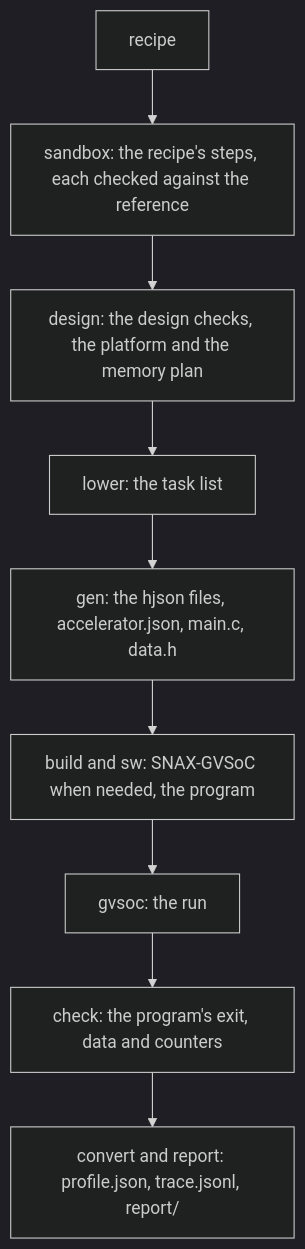
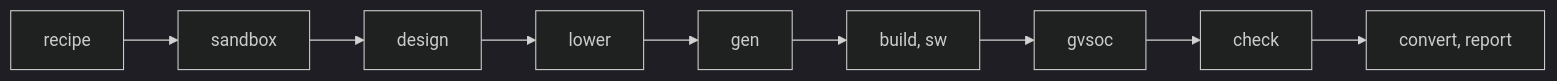
The diagram in docs/TOOL.md (KULeuven-MICAS/snax-forge), drawn with Mermaid (dark theme) before and after one commit. The commit also changed other lines of this file and 121 other files, not shown here.

````diff
--- a/docs/TOOL.md
+++ b/docs/TOOL.md
@@ -42,11 +41,4 @@
 ```mermaid
-flowchart TD
-  R[recipe] --> S["sandbox: the recipe's steps, each checked against the reference"]
-  S --> D["design: the design checks, the platform and the memory plan"]
-  D --> L["lower: the task list"]
-  L --> G["gen: the hjson files, accelerator.json, main.c, data.h"]
-  G --> B["build and sw: SNAX-GVSoC when needed, the program"]
-  B --> V["gvsoc: the run"]
-  V --> C["check: the program's exit, data and counters"]
-  C --> P["convert and report: profile.json, trace.jsonl, report/"]
+flowchart LR
+  R[recipe] --> S[sandbox] --> D[design] --> L[lower] --> G[gen] --> B["build, sw"] --> V[gvsoc] --> C[check] --> P["convert, report"]
 ```
````
